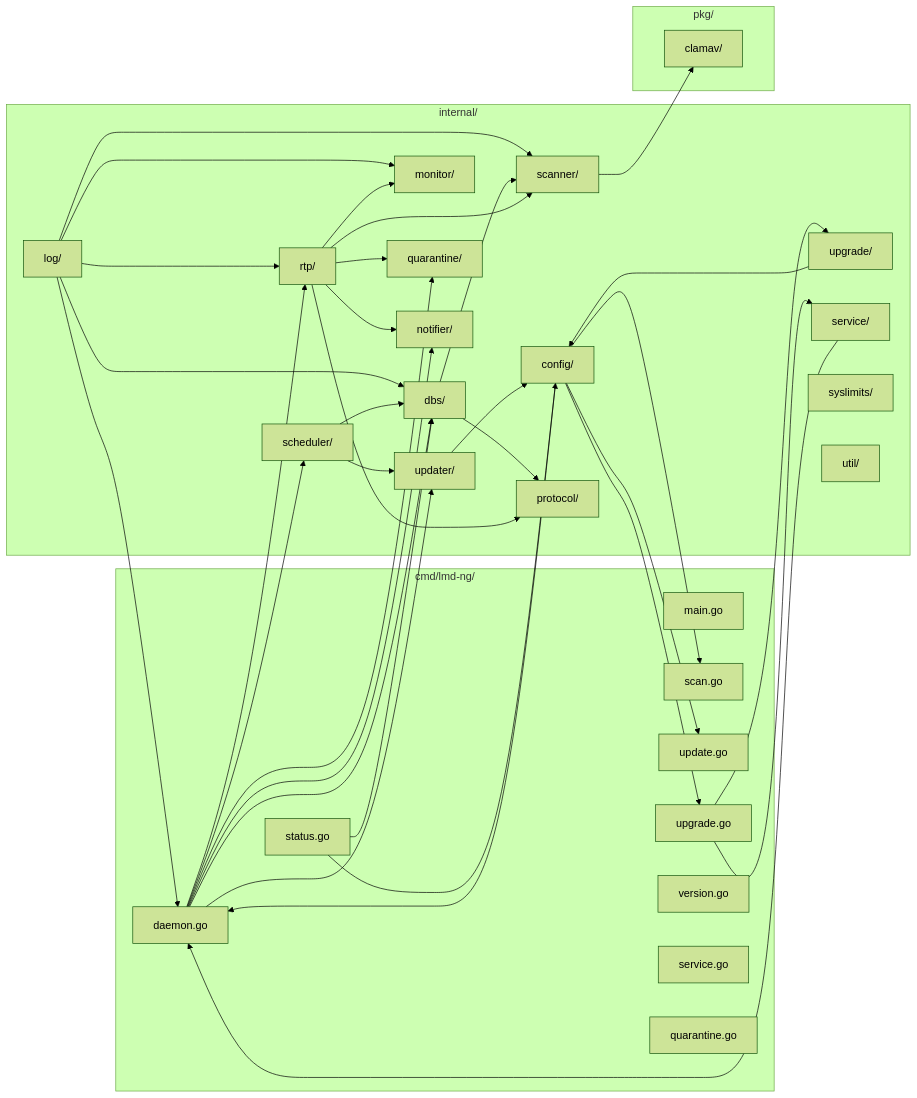
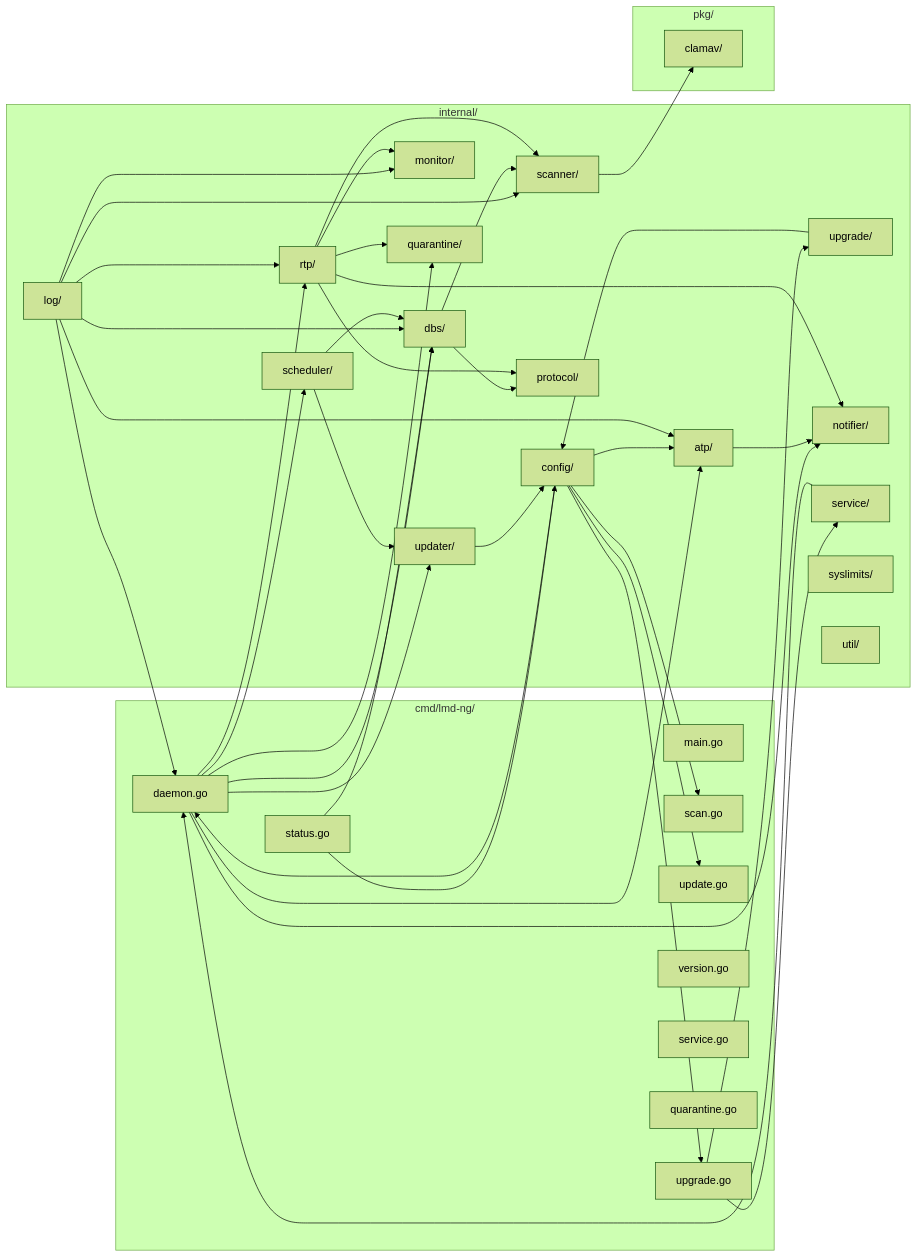
The first of 4 diagrams in docs/ARCHITECTURE.md (dimaskiddo/lmd-ng), drawn with Mermaid (forest theme) before and after one commit. The commit also changed other lines of this file and 31 other files, not shown here.

First line of the commit message:
feat: add ATP anti-tamper protection and wire into daemon, services, and CLI

````diff
--- a/docs/ARCHITECTURE.md
+++ b/docs/ARCHITECTURE.md
@@ -9,72 +9,77 @@
 ```mermaid
 graph LR
     subgraph cmd["cmd/lmd-ng/"]
         Main["main.go"]
         Daemon["daemon.go"]
         Scan["scan.go"]
         Update["update.go"]
         Upgrade["upgrade.go"]
         Status["status.go"]
         Version["version.go"]
         Service["service.go"]
         Quarantine["quarantine.go"]
     end
 
     subgraph internal["internal/"]
+        ATP["atp/"]
         Config["config/"]
         Log["log/"]
         DBS["dbs/"]
         RTP["rtp/"]
         Scanner["scanner/"]
         Monitor["monitor/"]
         Scheduler["scheduler/"]
         Updater["updater/"]
         UpgradeSvc["upgrade/"]
         QuarantineMgr["quarantine/"]
         Protocol["protocol/"]
         Notifier["notifier/"]
         ServiceMgr["service/"]
         Syslimits["syslimits/"]
         Util["util/"]
     end
 
     subgraph pkg["pkg/"]
         ClamAV["clamav/"]
     end
 
     Config --> Daemon
     Config --> Scan
     Config --> Update
+    Config --> ATP
     Log --> Daemon
     Log --> DBS
     Log --> RTP
     Log --> Scanner
     Log --> Monitor
+    Log --> ATP
 
     Daemon --> DBS
     Daemon --> RTP
     Daemon --> Updater
     Daemon --> Scheduler
     Daemon --> Notifier
     Daemon --> QuarantineMgr
+    Daemon --> ATP
+    ATP --> Notifier
 
     DBS --> Protocol
     DBS --> Scanner
     RTP --> Protocol
     RTP --> Monitor
     RTP --> QuarantineMgr
     RTP --> Scanner
     RTP --> Notifier
 
     Scanner --> ClamAV
     Updater --> Config
     Scheduler --> Updater
     Scheduler --> DBS
     ServiceMgr --> Daemon
     Upgrade --> UpgradeSvc
     Upgrade --> ServiceMgr
     Config --> Upgrade
     UpgradeSvc --> Config
     Status --> DBS
     Status --> Config
 ```
````
